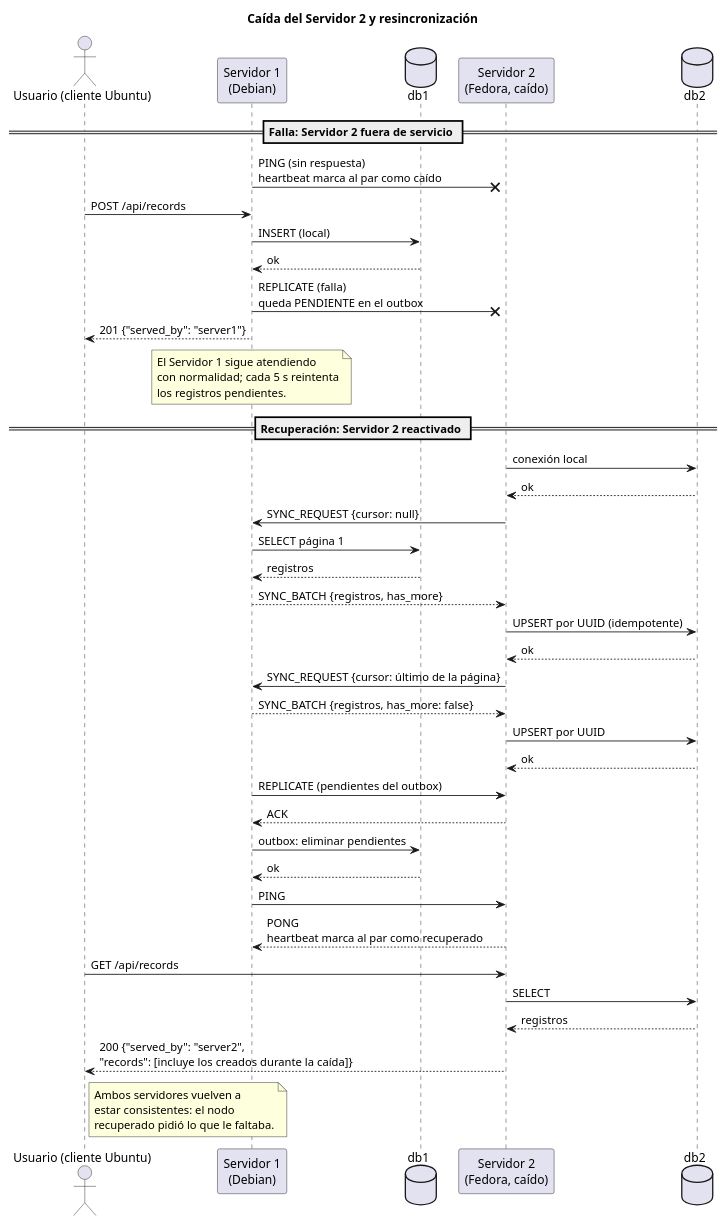
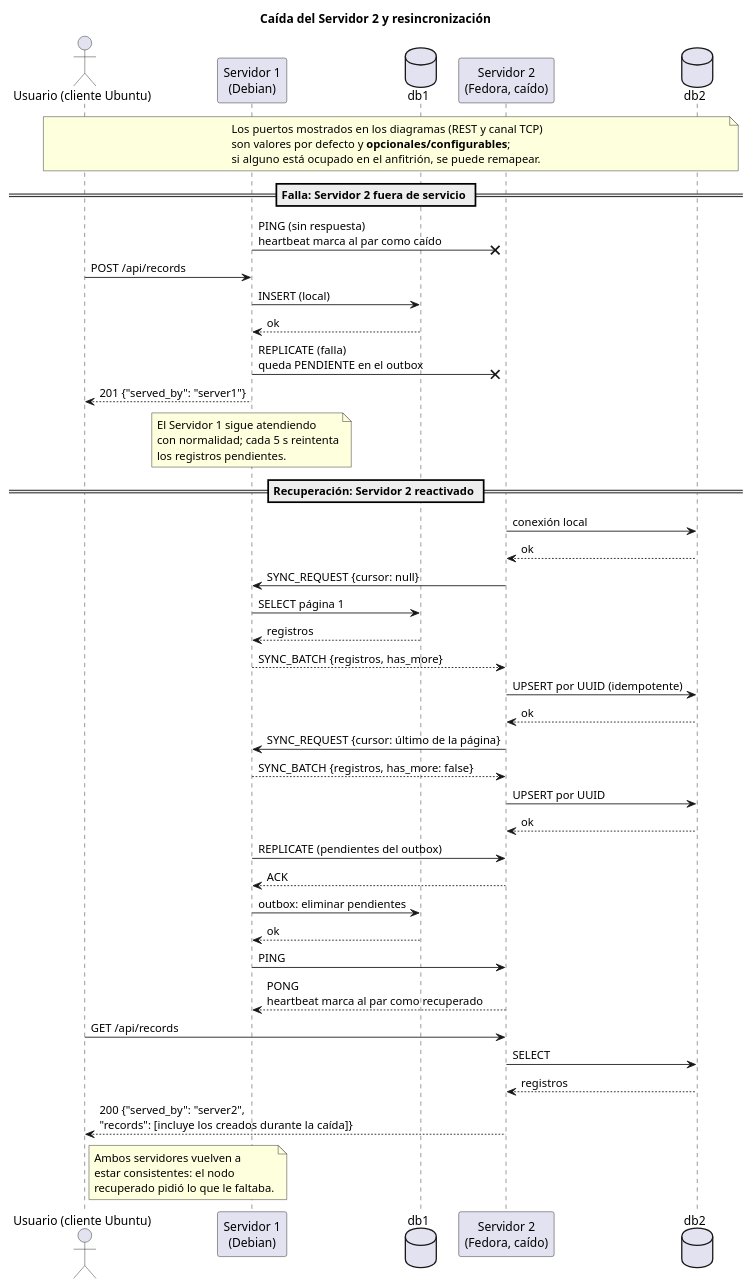
The diagram in docs/FASE-02/diagramas/secuencia-recuperacion.puml (sebas-archive/servidores-y-bases-de-datos-distribuida), drawn with PlantUML before and after one commit. The commit also changed 2 other files, not shown here.

Commit message:
Actualizar diagramas UML para Fase 2

```diff
--- a/docs/FASE-02/diagramas/secuencia-recuperacion.puml
+++ b/docs/FASE-02/diagramas/secuencia-recuperacion.puml
@@ -1,57 +1,63 @@
 @startuml secuencia-recuperacion
 ' Caída del Servidor 2 y resincronización — Fase 2
 ' Renderizar con PlantUML (plugin de VS Code o plantuml.jar)
 
 title Caída del Servidor 2 y resincronización
 
 actor "Usuario (cliente Ubuntu)" as c
 participant "Servidor 1\n(Debian)" as s1
 database "db1" as d1
 participant "Servidor 2\n(Fedora, caído)" as s2
 database "db2" as d2
+
+note over c, d2
+  Los puertos mostrados en los diagramas (REST y canal TCP)
+  son valores por defecto y **opcionales/configurables**;
+  si alguno está ocupado en el anfitrión, se puede remapear.
+end note
 
 == Falla: Servidor 2 fuera de servicio ==
 
 s1 ->x s2 : PING (sin respuesta)\nheartbeat marca al par como caído
 
 c -> s1 : POST /api/records
 s1 -> d1 : INSERT (local)
 d1 --> s1 : ok
 s1 ->x s2 : REPLICATE (falla)\nqueda PENDIENTE en el outbox
 s1 --> c : 201 {"served_by": "server1"}
 
 note over s1 : El Servidor 1 sigue atendiendo\ncon normalidad; cada 5 s reintenta\nlos registros pendientes.
 
 == Recuperación: Servidor 2 reactivado ==
 
 s2 -> d2 : conexión local
 d2 --> s2 : ok
 
 s2 -> s1 : SYNC_REQUEST {cursor: null}
 s1 -> d1 : SELECT página 1
 d1 --> s1 : registros
 s1 --> s2 : SYNC_BATCH {registros, has_more}
 s2 -> d2 : UPSERT por UUID (idempotente)
 d2 --> s2 : ok
 
 s2 -> s1 : SYNC_REQUEST {cursor: último de la página}
 s1 --> s2 : SYNC_BATCH {registros, has_more: false}
 s2 -> d2 : UPSERT por UUID
 d2 --> s2 : ok
 
 s1 -> s2 : REPLICATE (pendientes del outbox)
 s2 --> s1 : ACK
 s1 -> d1 : outbox: eliminar pendientes
 d1 --> s1 : ok
 
 s1 -> s2 : PING
 s2 --> s1 : PONG\nheartbeat marca al par como recuperado
 
 c -> s2 : GET /api/records
 s2 -> d2 : SELECT
 d2 --> s2 : registros
 s2 --> c : 200 {"served_by": "server2",\n"records": [incluye los creados durante la caída]}
 
 note right of c : Ambos servidores vuelven a\nestar consistentes: el nodo\nrecuperado pidió lo que le faltaba.
 
 @enduml
```
